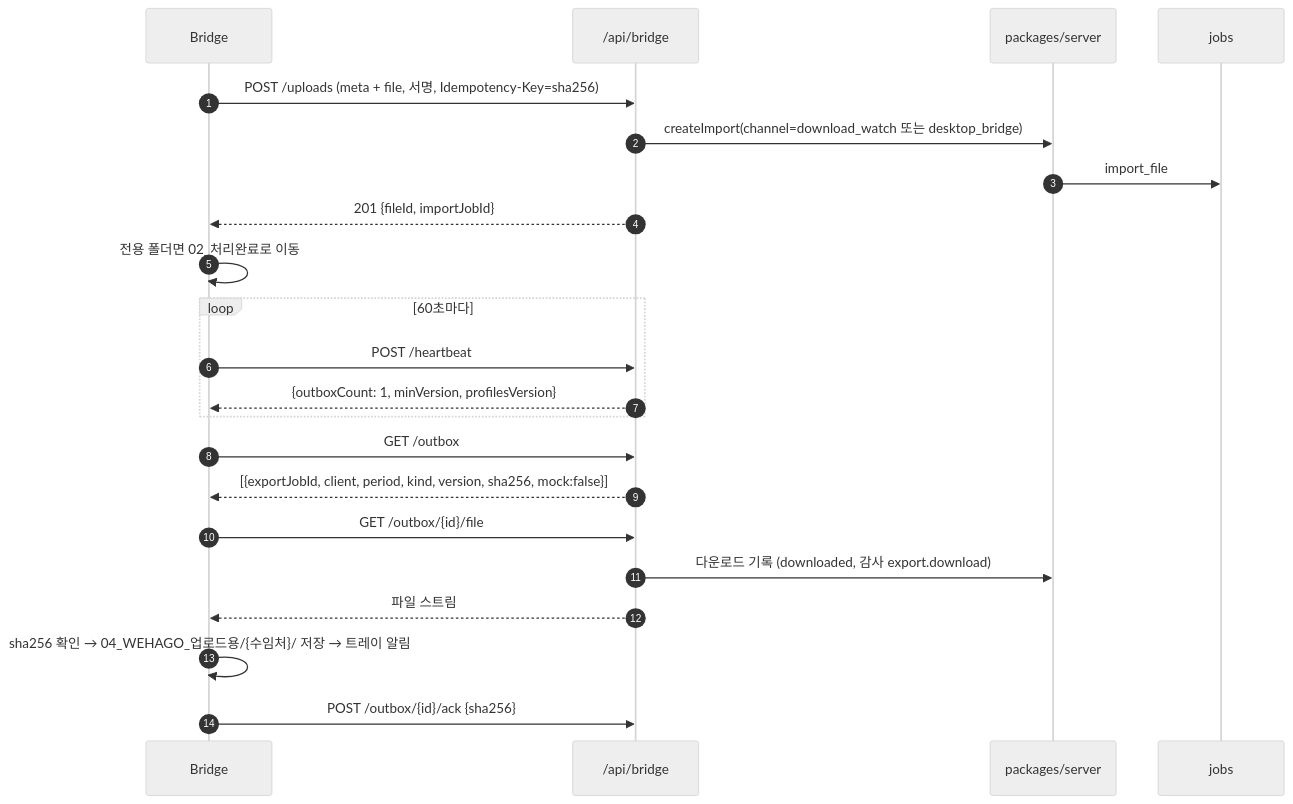
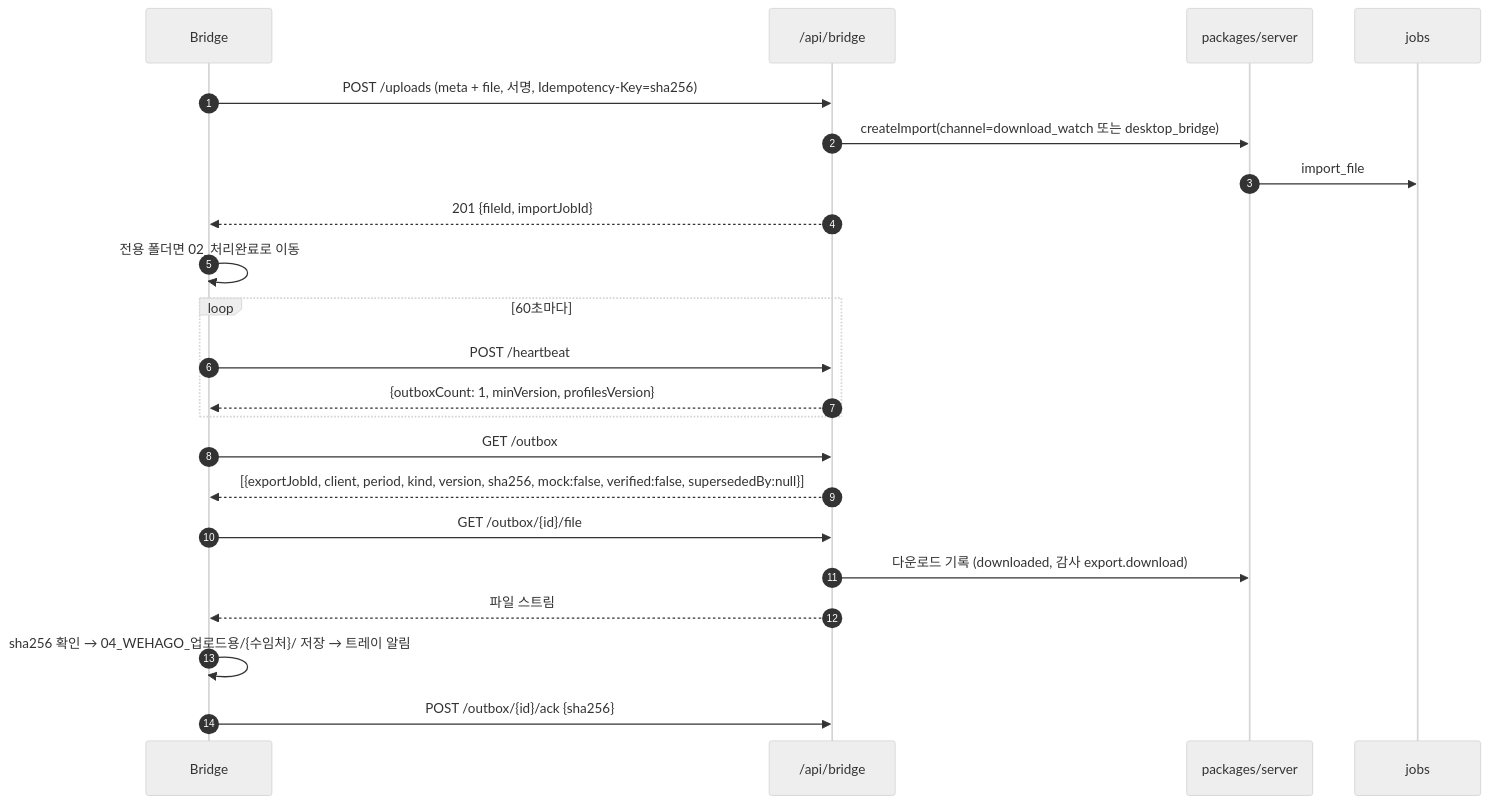
The fourth of 4 diagrams in docs/desktop-bridge-design.md (taxmin0812-netizen/cloudtest), drawn with Mermaid (neutral theme) before and after one commit. The commit also changed other lines of this file and 133 other files, not shown here.

````diff
--- a/docs/desktop-bridge-design.md
+++ b/docs/desktop-bridge-design.md
@@ -298,24 +303,24 @@
 ```mermaid
 sequenceDiagram
   autonumber
   participant B as Bridge
   participant W as /api/bridge
   participant S as packages/server
   participant Q as jobs
   B->>W: POST /uploads (meta + file, 서명, Idempotency-Key=sha256)
   W->>S: createImport(channel=download_watch 또는 desktop_bridge)
   S->>Q: import_file
   W-->>B: 201 {fileId, importJobId}
   B->>B: 전용 폴더면 02_처리완료로 이동
   loop 60초마다
     B->>W: POST /heartbeat
     W-->>B: {outboxCount: 1, minVersion, profilesVersion}
   end
   B->>W: GET /outbox
-  W-->>B: [{exportJobId, client, period, kind, version, sha256, mock:false}]
+  W-->>B: [{exportJobId, client, period, kind, version, sha256, mock:false, verified:false, supersededBy:null}]
   B->>W: GET /outbox/{id}/file
   W->>S: 다운로드 기록 (downloaded, 감사 export.download)
   W-->>B: 파일 스트림
   B->>B: sha256 확인 → 04_WEHAGO_업로드용/{수임처}/ 저장 → 트레이 알림
   B->>W: POST /outbox/{id}/ack {sha256}
 ```
````
